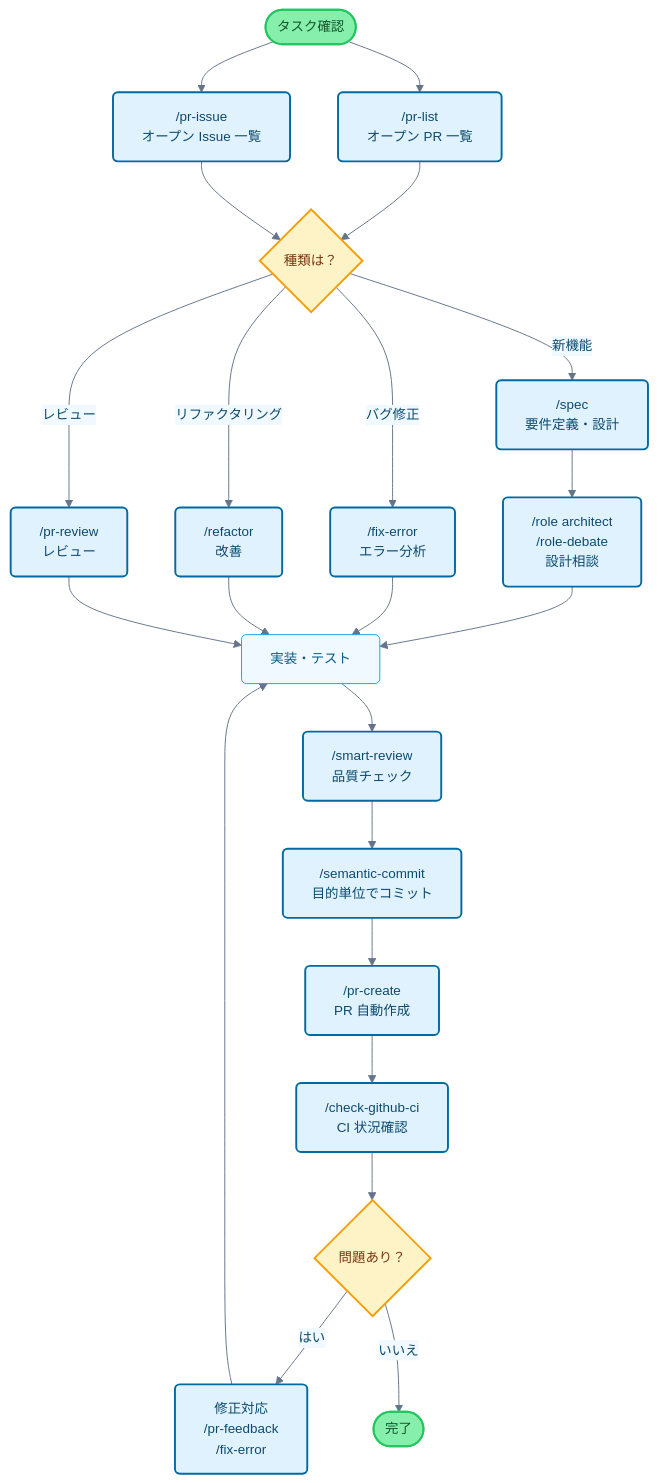
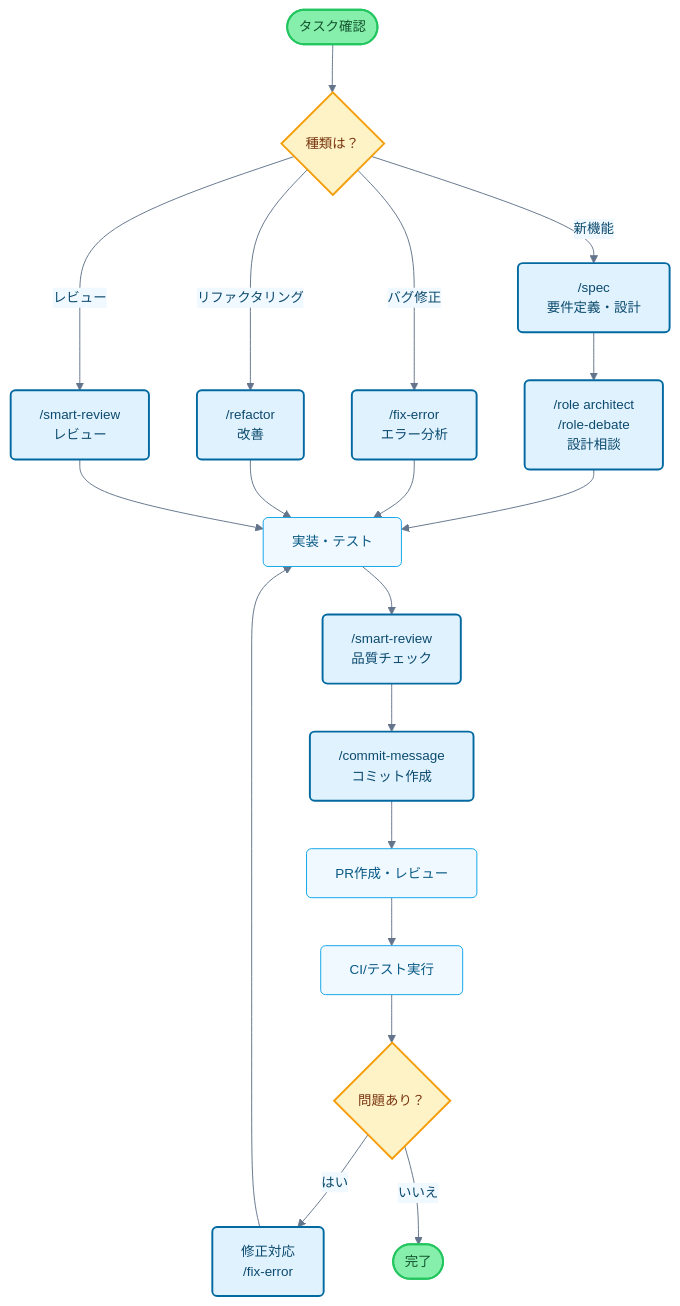
One commit to Suntory-Y-Water/claude-code-settings changed the diagram in README.md. Above: the diagram before and after it, drawn with Mermaid. The commit also changed other lines of this file and 1 other file, not shown here.

````diff
--- a/README.md
+++ b/README.md
@@ -118,42 +108,38 @@
 ```mermaid
 flowchart TB
-    Start([タスク確認]) --> PRList["/pr-list<br/>オープン PR 一覧"]
-    Start --> PRIssue["/pr-issue<br/>オープン Issue 一覧"]
-
-    PRList --> TaskType{種類は？}
-    PRIssue --> TaskType
+    Start([タスク確認]) --> TaskType{種類は？}
 
     TaskType -->|新機能| Plan["/spec<br/>要件定義・設計"]
     TaskType -->|バグ修正| Fix["/fix-error<br/>エラー分析"]
     TaskType -->|リファクタリング| Refactor["/refactor<br/>改善"]
-    TaskType -->|レビュー| Review["/pr-review<br/>レビュー"]
+    TaskType -->|レビュー| Review["/smart-review<br/>レビュー"]
 
     Plan --> Design["/role architect<br/>/role-debate<br/>設計相談"]
     Design --> Implementation[実装・テスト]
     Fix --> Implementation
     Refactor --> Implementation
     Review --> Implementation
 
     Implementation --> Check["/smart-review<br/>品質チェック"]
-    Check --> Commit["/semantic-commit<br/>目的単位でコミット"]
-    Commit --> PR["/pr-create<br/>PR 自動作成"]
-    PR --> CI["/check-github-ci<br/>CI 状況確認"]
+    Check --> Commit["/commit-message<br/>コミット作成"]
+    Commit --> PR["PR作成・レビュー"]
+    PR --> CI["CI/テスト実行"]
 
     CI --> Status{問題あり？}
-    Status -->|はい| Feedback["修正対応<br/>/pr-feedback<br/>/fix-error"]
+    Status -->|はい| Feedback["修正対応<br/>/fix-error"]
     Status -->|いいえ| End([完了])
 
     Feedback --> Implementation
 
     classDef commandBox fill:#e0f2fe,stroke:#0369a1,stroke-width:2px,rx:5,ry:5,color:#0c4a6e
     classDef processBox fill:#f0f9ff,stroke:#0ea5e9,stroke-width:1px,rx:5,ry:5,color:#075985
     classDef decisionBox fill:#fef3c7,stroke:#f59e0b,stroke-width:2px,rx:5,ry:5,color:#78350f
     classDef startEnd fill:#86efac,stroke:#22c55e,stroke-width:2px,rx:20,ry:20,color:#14532d
 
-    class PRList,PRIssue,Plan,Fix,Refactor,Review,Design,Check,CI,Commit,PR,Feedback commandBox
-    class Implementation processBox
+    class Plan,Fix,Refactor,Review,Design,Check,Commit,Feedback commandBox
+    class Implementation,PR,CI processBox
     class TaskType,Status decisionBox
     class Start,End startEnd
 
     %%{init: {'theme':'base', 'themeVariables': { 'primaryColor':'#e0f2fe', 'primaryTextColor':'#0c4a6e', 'primaryBorderColor':'#0369a1', 'lineColor':'#64748b', 'secondaryColor':'#f0f9ff', 'background':'#ffffff', 'mainBkg':'#ffffff', 'fontSize': '14px'}}}%%
 ```
````
